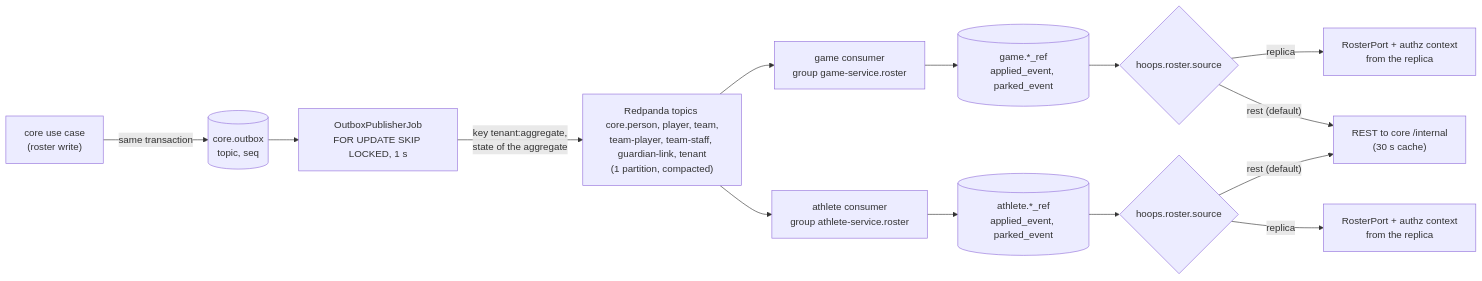
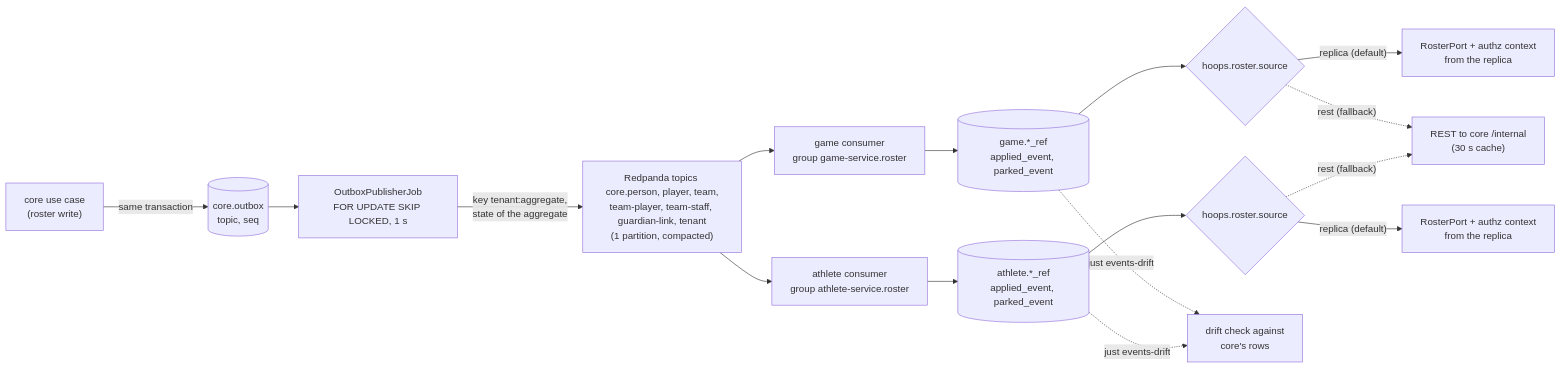
Before and after one commit to davidbejar/hoops-academy: the fifth of 7 diagrams in docs/architecture.md, drawn with Mermaid. The commit also changed other lines of this file and 23 other files, not shown here.

First line of the commit message:
docs: sixth round docs pass: handover, follow-ups, conformance, roadmap, architecture, ADR index, guides (WP102)

````diff
--- a/docs/architecture.md
+++ b/docs/architecture.md
@@ -145,16 +152,17 @@
 ```mermaid
 flowchart LR
   UC["core use case<br/>(roster write)"] -->|"same transaction"| OB[("core.outbox<br/>topic, seq")]
   OB --> PUB["OutboxPublisherJob<br/>FOR UPDATE SKIP LOCKED, 1 s"]
   PUB -->|"key tenant:aggregate,<br/>state of the aggregate"| T["Redpanda topics core.person, player, team,<br/>team-player, team-staff, guardian-link, tenant<br/>(1 partition, compacted)"]
   T --> GC["game consumer<br/>group game-service.roster"]
   T --> AC["athlete consumer<br/>group athlete-service.roster"]
   GC --> GR[("game.*_ref<br/>applied_event, parked_event")]
   AC --> AR[("athlete.*_ref<br/>applied_event, parked_event")]
   GR --> GP{"hoops.roster.source"}
   AR --> AP{"hoops.roster.source"}
-  GP -->|"replica"| GRP["RosterPort + authz context<br/>from the replica"]
-  GP -->|"rest (default)"| REST["REST to core /internal<br/>(30 s cache)"]
-  AP -->|"replica"| ARP["RosterPort + authz context<br/>from the replica"]
-  AP -->|"rest (default)"| REST
+  GP -->|"replica (default)"| GRP["RosterPort + authz context<br/>from the replica"]
+  GP -.->|"rest (fallback)"| REST["REST to core /internal<br/>(30 s cache)"]
+  AP -->|"replica (default)"| ARP["RosterPort + authz context<br/>from the replica"]
+  AP -.->|"rest (fallback)"| REST
+  GR & AR -. "just events-drift" .-> DR["drift check against<br/>core's rows"]
 ```
````
